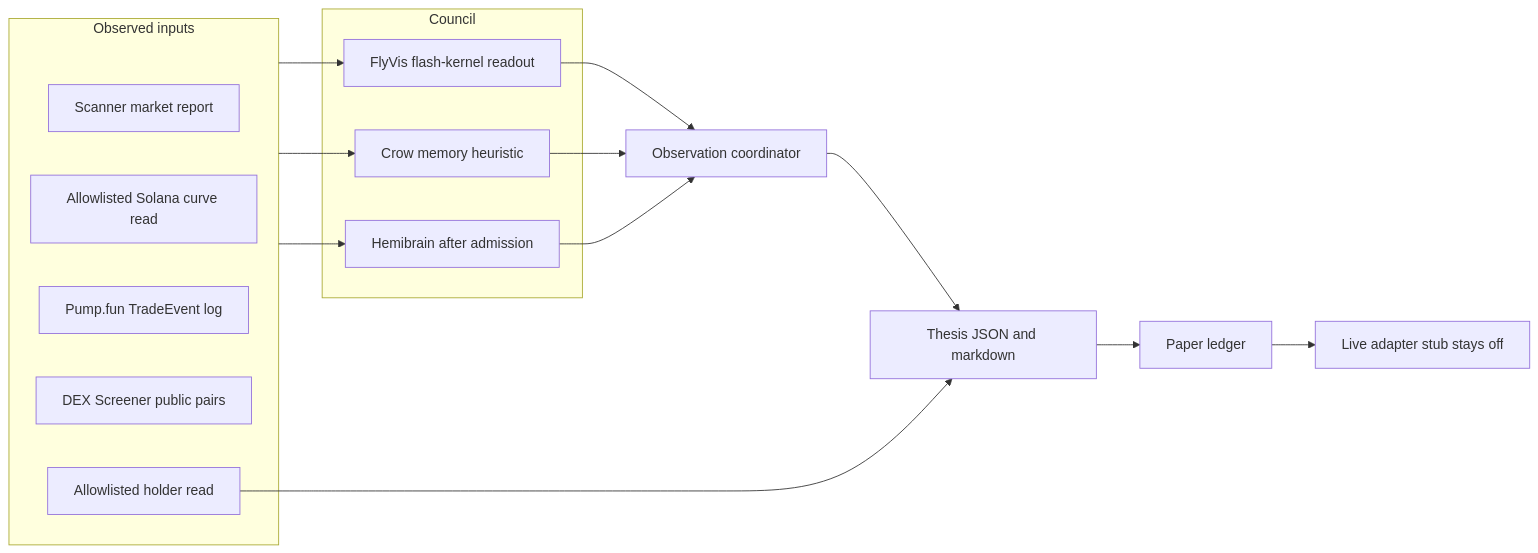
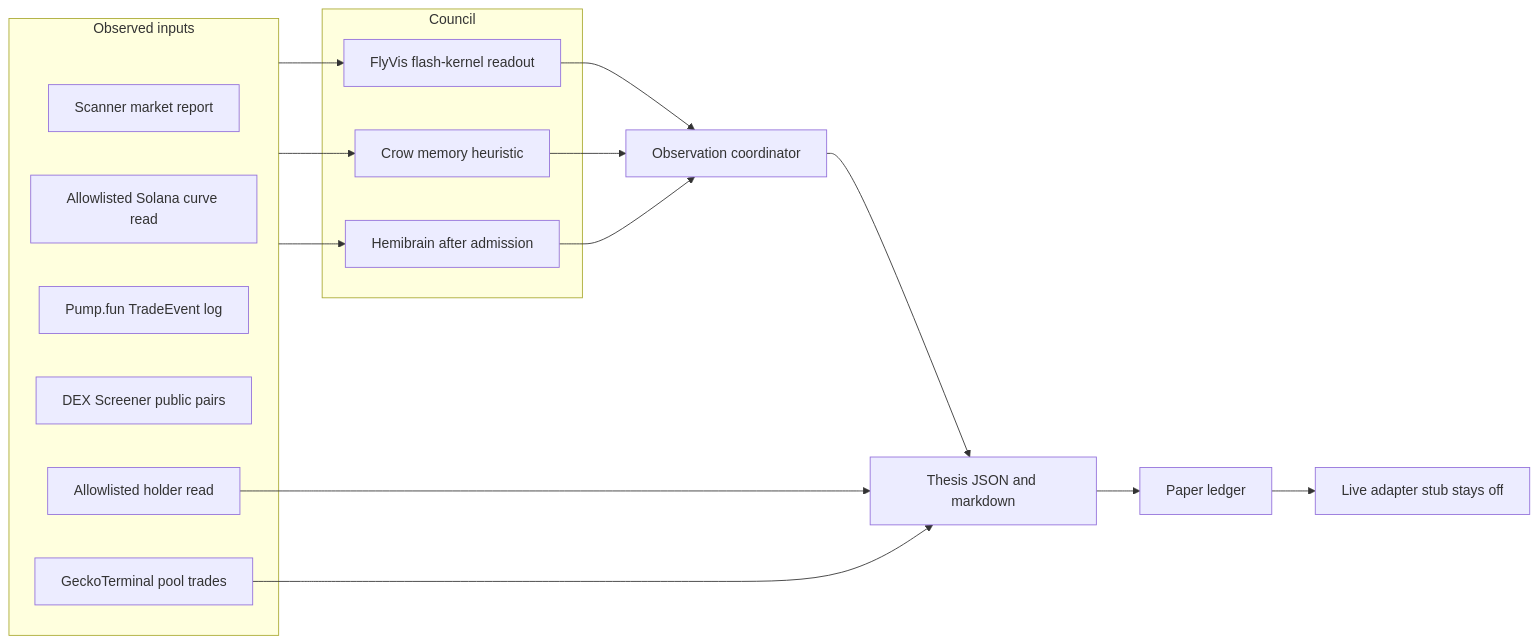
One commit to BuildWithAAI/buildwithAAI changed the diagram in docs/giant-brain.md. Above: the diagram before and after it, drawn with Mermaid. The commit also changed other lines of this file and 11 other files, not shown here.

First line of the commit message:
Store GeckoTerminal pool trades and test a causal entry veto

````diff
--- a/docs/giant-brain.md
+++ b/docs/giant-brain.md
@@ -5,25 +5,27 @@
 ```mermaid
 flowchart LR
   subgraph sources [Observed inputs]
     Scanner[Scanner market report]
     Curve[Allowlisted Solana curve read]
     Pump[Pump.fun TradeEvent log]
     Dex[DEX Screener public pairs]
     Holder[Allowlisted holder read]
+    Flow[GeckoTerminal pool trades]
   end
   subgraph brains [Council]
     Fly[FlyVis flash-kernel readout]
     Crow[Crow memory heuristic]
     Hemi[Hemibrain after admission]
   end
   sources --> Fly
   sources --> Crow
   sources --> Hemi
   Fly --> Round[Observation coordinator]
   Crow --> Round
   Hemi --> Round
   Round --> Thesis[Thesis JSON and markdown]
   Holder --> Thesis
+  Flow --> Thesis
   Thesis --> PaperBook[Paper ledger]
   PaperBook --> LiveStub[Live adapter stub stays off]
 ```
````
